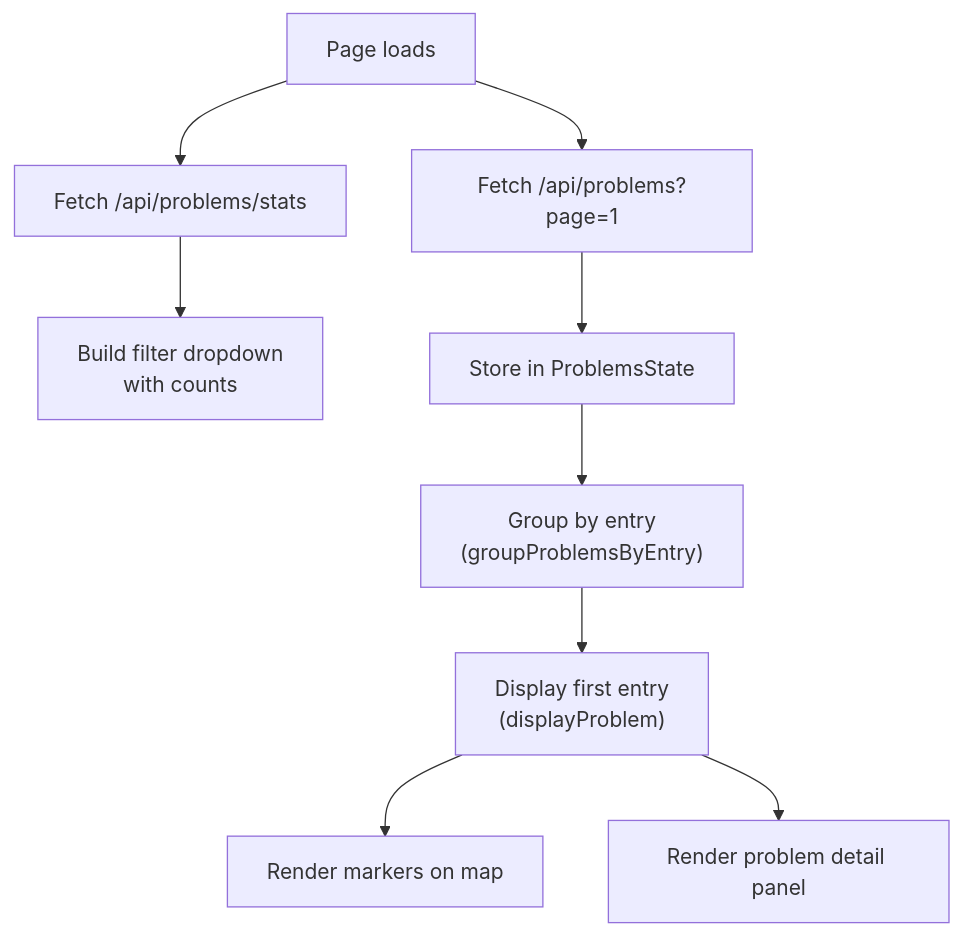
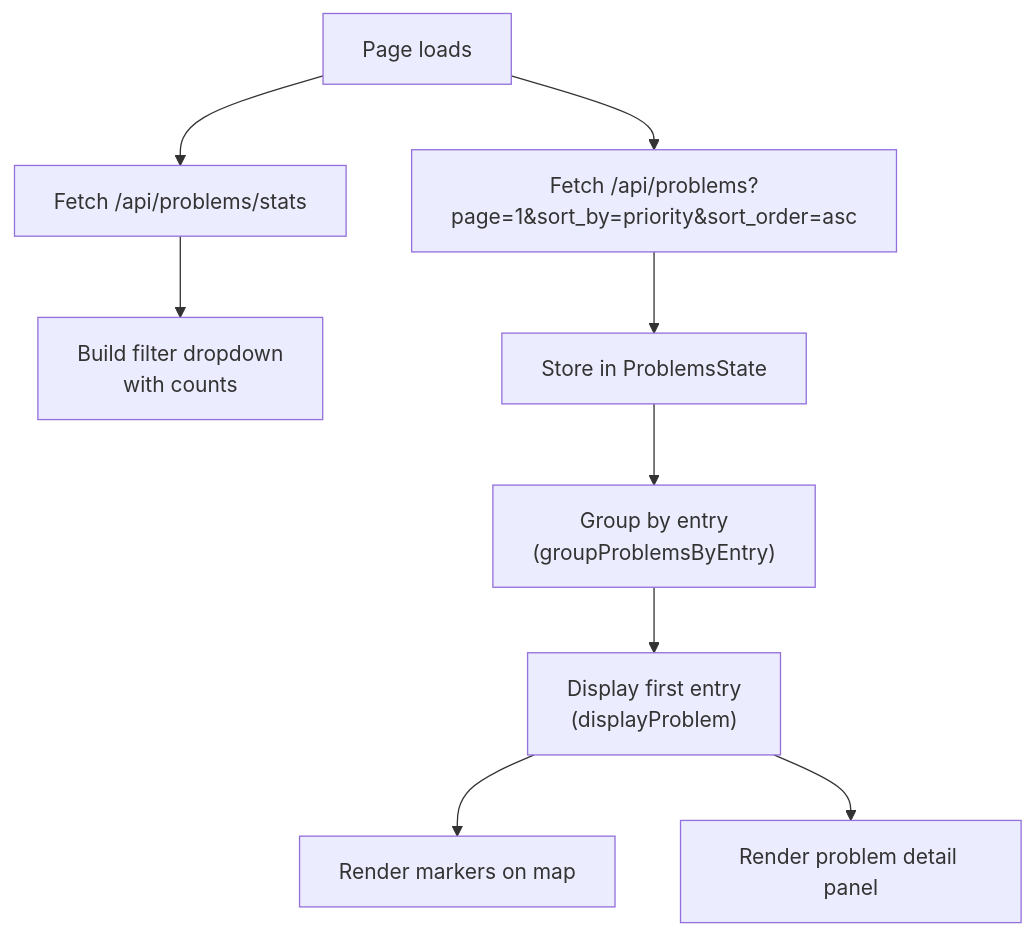
One commit to openTdataCH/stop_sync_osm_atlas changed the second of 2 diagrams in documentation/5.4 Problems Page.md. Above: the diagram before and after it, drawn with Mermaid. The commit also changed other lines of this file and 12 other files, not shown here.

````diff
--- a/documentation/5.4 Problems Page.md
+++ b/documentation/5.4 Problems Page.md
@@ -67,11 +81,11 @@
 ```mermaid
 flowchart TD
     A["Page loads"] --> B["Fetch /api/problems/stats"]
-    A --> C["Fetch /api/problems?page=1"]
+    A --> C["Fetch /api/problems?page=1&sort_by=priority&sort_order=asc"]
     B --> D["Build filter dropdown<br/>with counts"]
     C --> E["Store in ProblemsState"]
     E --> F["Group by entry<br/>(groupProblemsByEntry)"]
     F --> G["Display first entry<br/>(displayProblem)"]
     G --> H["Render markers on map"]
     G --> I["Render problem detail panel"]
 ```
````
